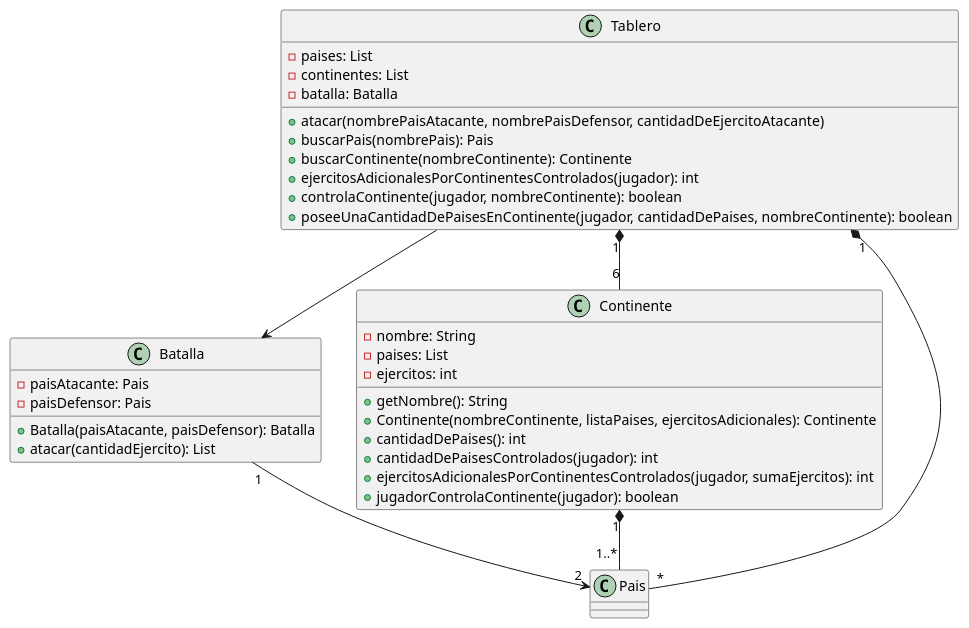
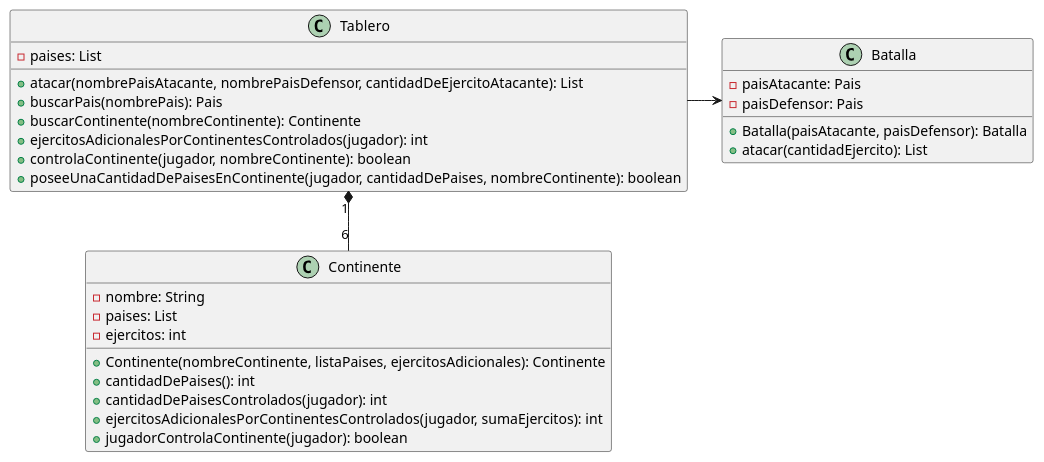
The diagram in diagramas/dClase_4.wsd (daniela41149/algo3_tp2), drawn with PlantUML before and after one commit. The commit also changed 28 other files, not shown here.

Commit message:
diagramas

```diff
--- a/diagramas/dClase_4.wsd
+++ b/diagramas/dClase_4.wsd
@@ -1,43 +1,37 @@
 @startuml
 
 Tablero "1" *-- "6" Continente
-Tablero "1" *-- "*" Pais
 Tablero -> Batalla
-Batalla "1" --> "2" Pais
-Continente "1" *-- "1..*" Pais
 
 class Tablero {
 	- paises: List
-    - continentes: List
-    - batalla: Batalla
 
-	+ atacar(nombrePaisAtacante, nombrePaisDefensor, cantidadDeEjercitoAtacante)
+	+ atacar(nombrePaisAtacante, nombrePaisDefensor, cantidadDeEjercitoAtacante): List
 	+ buscarPais(nombrePais): Pais
 	+ buscarContinente(nombreContinente): Continente
 	+ ejercitosAdicionalesPorContinentesControlados(jugador): int
 	+ controlaContinente(jugador, nombreContinente): boolean
 	+ poseeUnaCantidadDePaisesEnContinente(jugador, cantidadDePaises, nombreContinente): boolean
+
 }
 
 class Batalla {
 	- paisAtacante: Pais
     - paisDefensor: Pais
 
 	+ Batalla(paisAtacante, paisDefensor): Batalla
 	+ atacar(cantidadEjercito): List
 }
 
 class Continente {
 	- nombre: String
     - paises: List
     - ejercitos: int
-
-	+ getNombre(): String
 	+ Continente(nombreContinente, listaPaises, ejercitosAdicionales): Continente
 	+ cantidadDePaises(): int
 	+ cantidadDePaisesControlados(jugador): int
 	+ ejercitosAdicionalesPorContinentesControlados(jugador, sumaEjercitos): int
 	+ jugadorControlaContinente(jugador): boolean
 }
 
 @enduml
```
